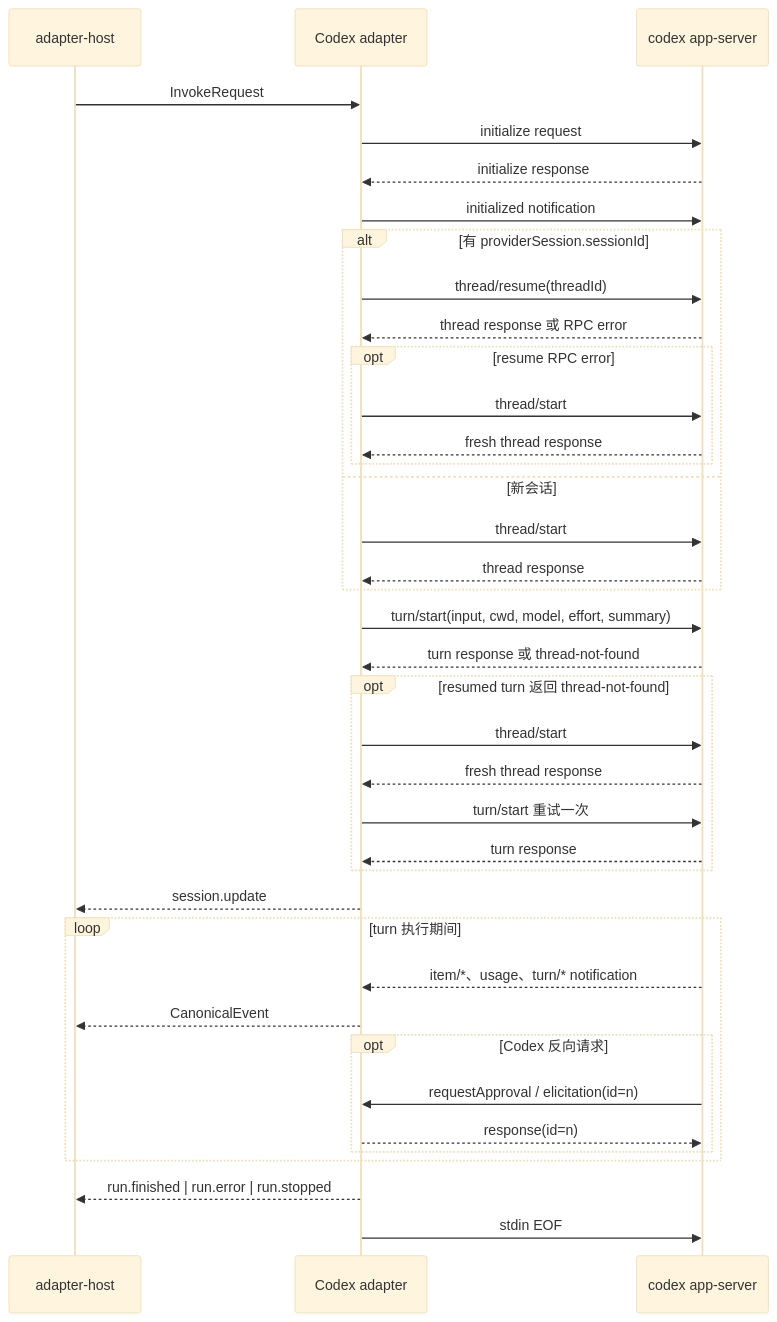
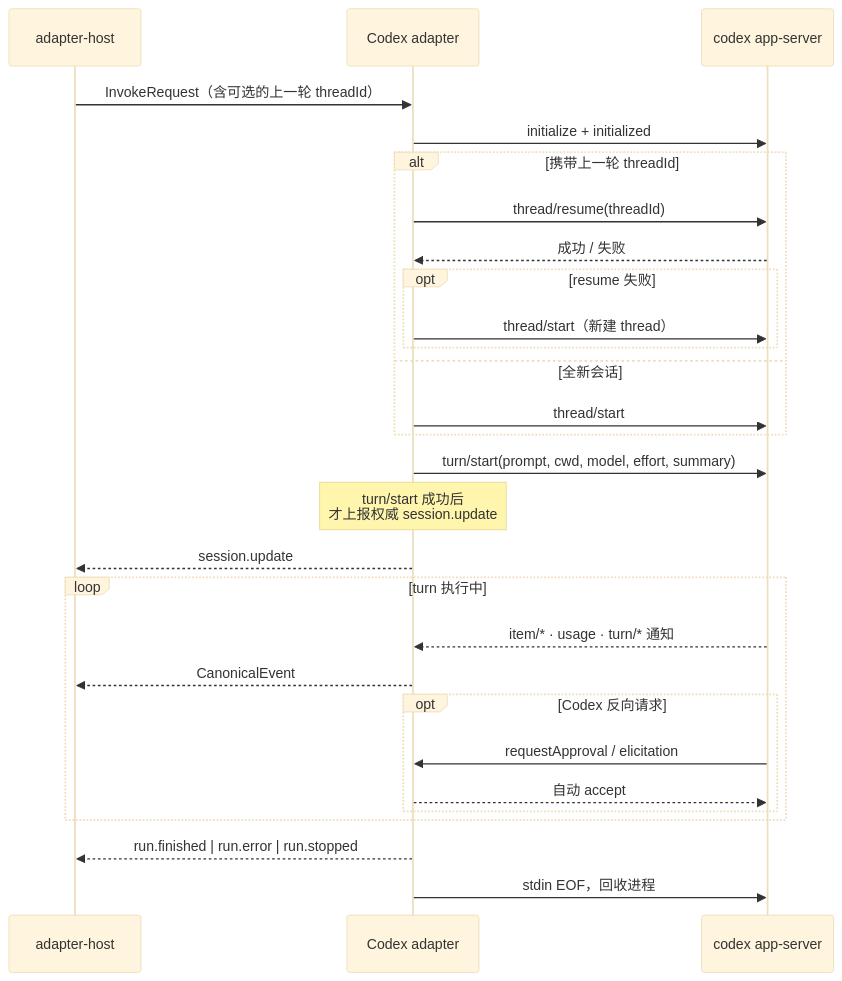
Before and after one commit to LarsonLian/octo-runtime: the diagram in packages/octo-harness-adapter-codex/README.md, drawn with Mermaid (base theme). The commit also changed other lines of this file and 14 other files, not shown here.

First line of the commit message:
docs(packages): rewrite all package READMEs into professional Chinese with diagrams

````diff
--- a/packages/octo-harness-adapter-codex/README.md
+++ b/packages/octo-harness-adapter-codex/README.md
@@ -90,45 +17,32 @@
 ```mermaid
 sequenceDiagram
-    participant H as adapter-host
+    participant Host as adapter-host
     participant A as Codex adapter
     participant C as codex app-server
 
-    H->>A: InvokeRequest
-    A->>C: initialize request
-    C-->>A: initialize response
-    A->>C: initialized notification
+    Host->>A: InvokeRequest（含可选的上一轮 threadId）
+    A->>C: initialize + initialized
+    alt 携带上一轮 threadId
+        A->>C: thread/resume(threadId)
+        C-->>A: 成功 / 失败
+        opt resume 失败
+            A->>C: thread/start（新建 thread）
+        end
+    else 全新会话
+        A->>C: thread/start
+    end
+    A->>C: turn/start(prompt, cwd, model, effort, summary)
+    Note over A: turn/start 成功后<br/>才上报权威 session.update
+    A-->>Host: session.update
 
-    alt 有 providerSession.sessionId
-        A->>C: thread/resume(threadId)
-        C-->>A: thread response 或 RPC error
-        opt resume RPC error
-            A->>C: thread/start
-            C-->>A: fresh thread response
-        end
-    else 新会话
-        A->>C: thread/start
-        C-->>A: thread response
-    end
-
-    A->>C: turn/start(input, cwd, model, effort, summary)
-    C-->>A: turn response 或 thread-not-found
-    opt resumed turn 返回 thread-not-found
-        A->>C: thread/start
-        C-->>A: fresh thread response
-        A->>C: turn/start 重试一次
-        C-->>A: turn response
-    end
-    A-->>H: session.update
-
-    loop turn 执行期间
-        C-->>A: item/*、usage、turn/* notification
-        A-->>H: CanonicalEvent
+    loop turn 执行中
+        C-->>A: item/* · usage · turn/* 通知
+        A-->>Host: CanonicalEvent
         opt Codex 反向请求
-            C->>A: requestApproval / elicitation(id=n)
-            A-->>C: response(id=n)
+            C->>A: requestApproval / elicitation
+            A-->>C: 自动 accept
         end
     end
-
-    A-->>H: run.finished | run.error | run.stopped
-    A->>C: stdin EOF
+    A-->>Host: run.finished | run.error | run.stopped
+    A->>C: stdin EOF，回收进程
 ```
````
